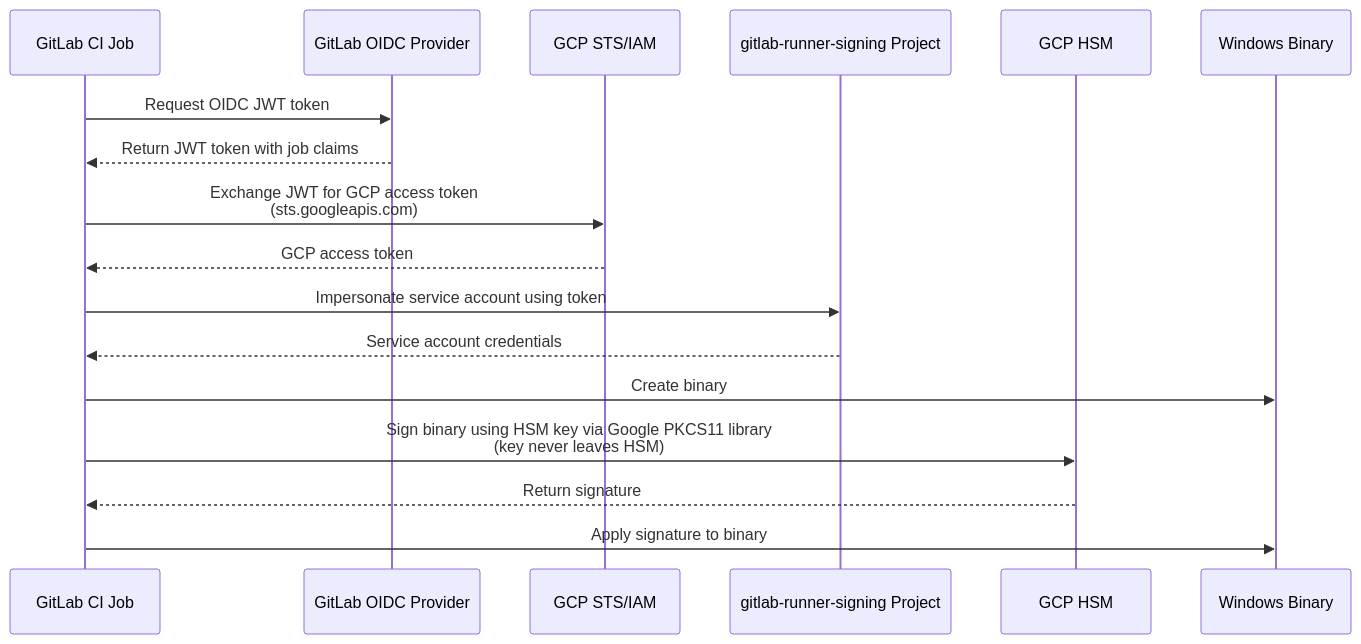
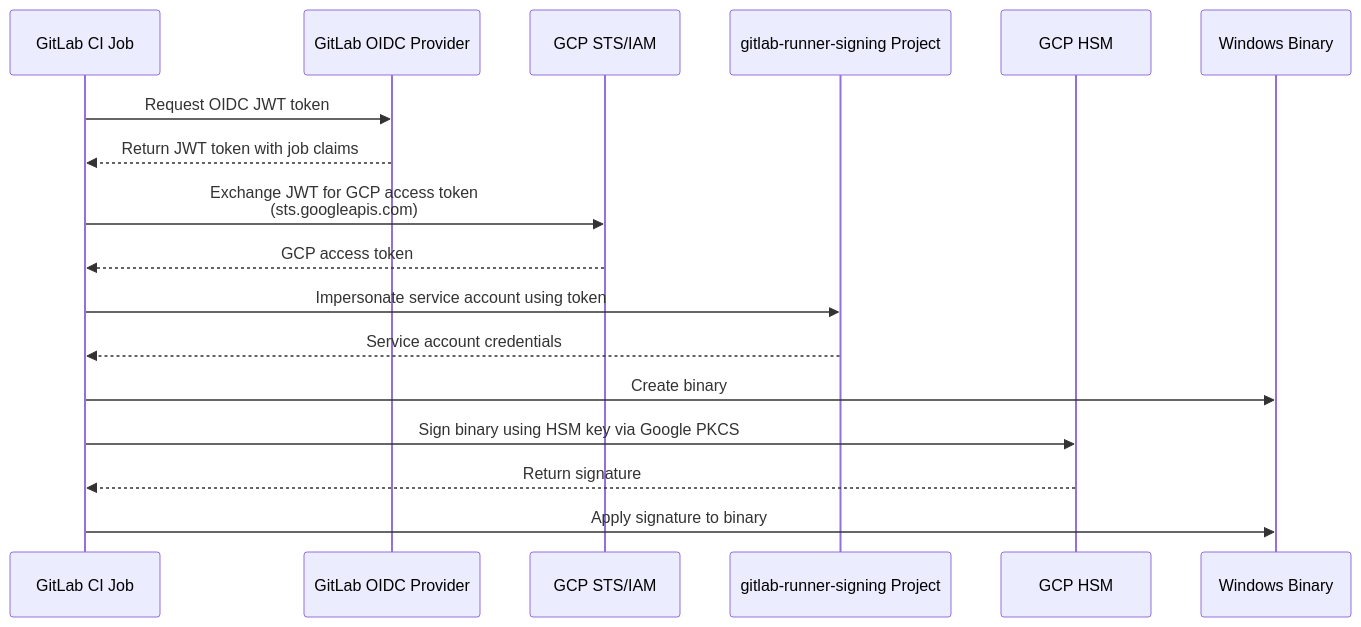
One commit to gitlabhq/gitlab-runner changed the diagram in certs/README.md. Above: the diagram before and after it, drawn with Mermaid. The commit also changed other lines of this file and 5 other files, not shown here.

````diff
--- a/certs/README.md
+++ b/certs/README.md
@@ -24,25 +24,25 @@
 ```mermaid
 sequenceDiagram
     participant CI as GitLab CI Job
     participant OIDC as GitLab OIDC Provider
     participant GCP as GCP STS/IAM
     participant Project as gitlab-runner-signing Project
     participant HSM as GCP HSM
     participant Binary as Windows Binary
 
     CI->>OIDC: Request OIDC JWT token
     OIDC-->>CI: Return JWT token with job claims
 
     CI->>GCP: Exchange JWT for GCP access token<br/>(sts.googleapis.com)
     GCP-->>CI: GCP access token
 
     CI->>Project: Impersonate service account using token
     Project-->>CI: Service account credentials
 
     CI->>Binary: Create binary
 
-    CI->>HSM: Sign binary using HSM key via Google PKCS11 library<br/>(key never leaves HSM)
+    CI->>HSM: Sign binary using HSM key via Google PKCS#11 library<br/>(key never leaves HSM)
     HSM-->>CI: Return signature
 
     CI->>Binary: Apply signature to binary
 ```
````
